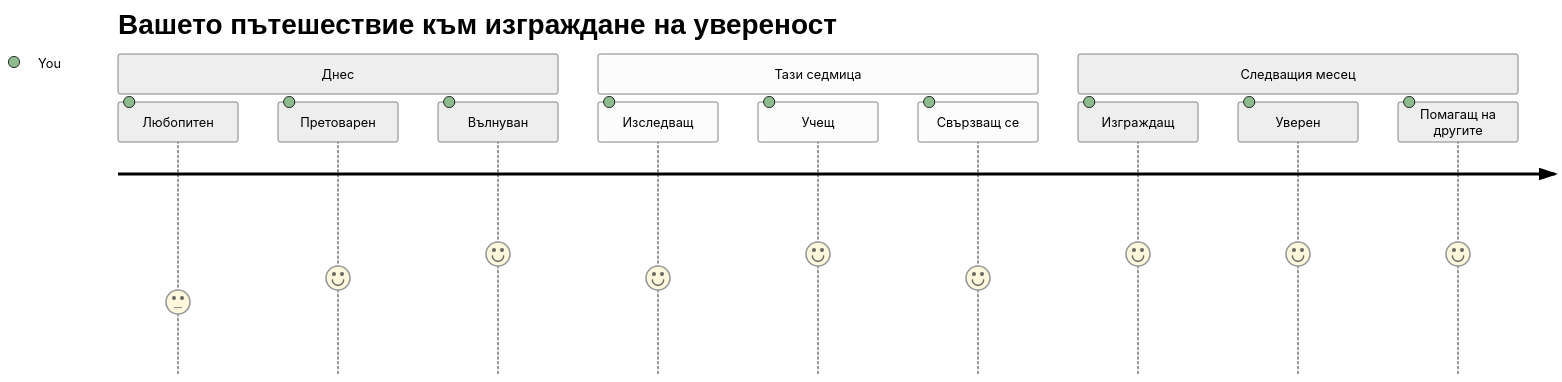
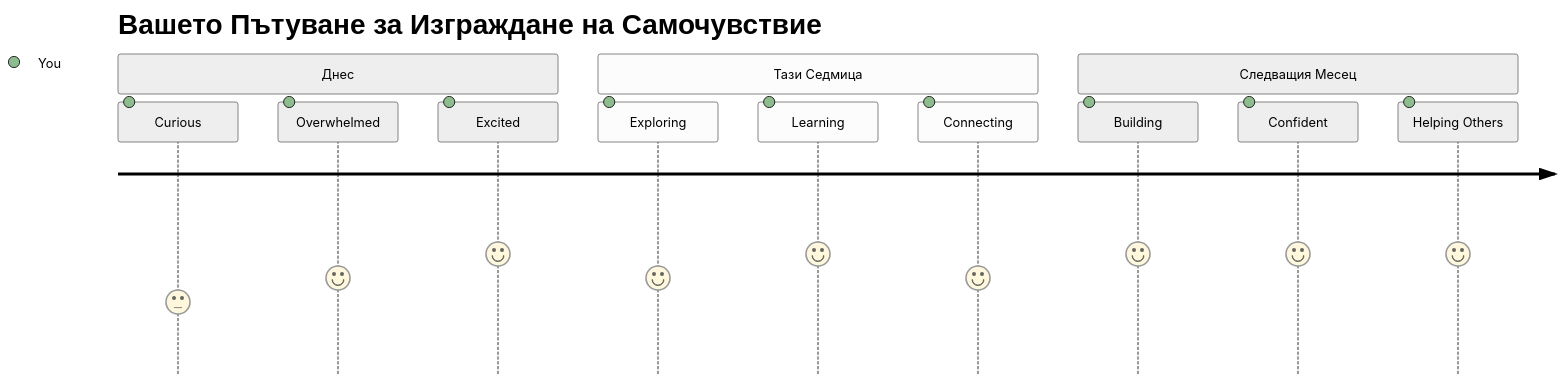
One commit to microsoft/Web-Dev-For-Beginners changed the seventh of 7 diagrams in translations/bg/1-getting-started-lessons/1-intro-to-programming-languages/README.md. Above: the diagram before and after it, drawn with Mermaid (neutral theme). The commit also changed other lines of this file and 11 other files, not shown here.

````diff
--- a/translations/bg/1-getting-started-lessons/1-intro-to-programming-languages/README.md
+++ b/translations/bg/1-getting-started-lessons/1-intro-to-programming-languages/README.md
@@ -830,16 +830,16 @@
 ```mermaid
 journey
-    title Вашето пътешествие към изграждане на увереност
+    title Вашето Пътуване за Изграждане на Самочувствие
     section Днес
-      Любопитен: 3: You
-      Претоварен: 4: You
-      Вълнуван: 5: You
-    section Тази седмица
-      Изследващ: 4: You
-      Учещ: 5: You
-      Свързващ се: 4: You
-    section Следващия месец
-      Изграждащ: 5: You
-      Уверен: 5: You
-      Помагащ на другите: 5: You
+      Curious: 3: You
+      Overwhelmed: 4: You
+      Excited: 5: You
+    section Тази Седмица
+      Exploring: 4: You
+      Learning: 5: You
+      Connecting: 4: You
+    section Следващия Месец
+      Building: 5: You
+      Confident: 5: You
+      Helping Others: 5: You
 ```
````
